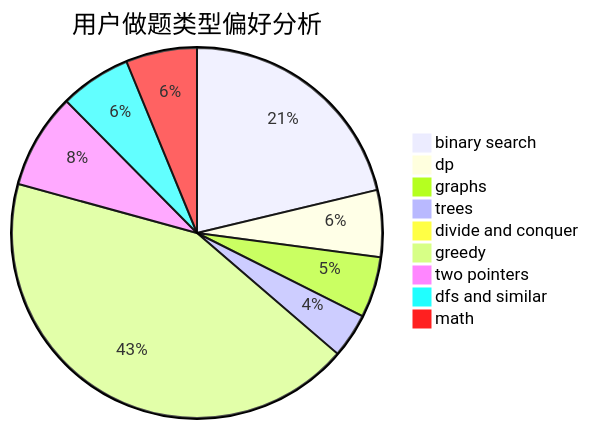
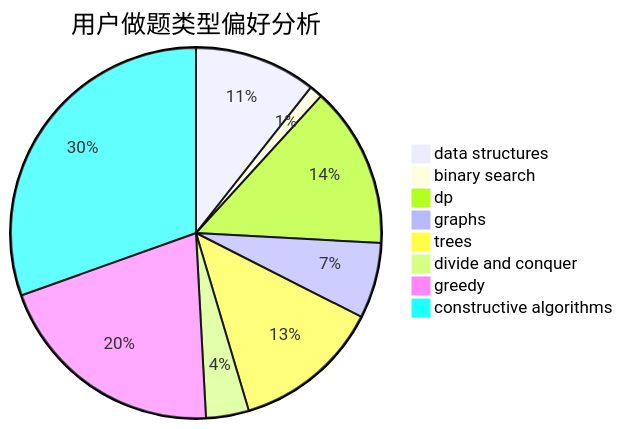
Before and after one commit to sherpahu/cfrs.github.io: the second of 3 diagrams in docs/user/u2338.md, drawn with Mermaid. The commit also changed other lines of this file and 2775 other files, not shown here.

````diff
--- a/docs/user/u2338.md
+++ b/docs/user/u2338.md
@@ -23,12 +23,11 @@
 ```mermaid
 pie title 用户做题类型偏好分析
-    "binary search" :  284
-    "dp" :  78
-    "graphs" :  71
-    "trees" :  52
+    "data structures" :  37
+    "binary search" :  4
+    "dp" :  49
+    "graphs" :  23
+    "trees" :  45
     "divide and conquer" :  13
-    "greedy" :  574
-    "two pointers" :  111
-    "dfs and similar" :  83
-    "math" :  83
+    "greedy" :  71
+    "constructive algorithms" :  106
 ```
````
